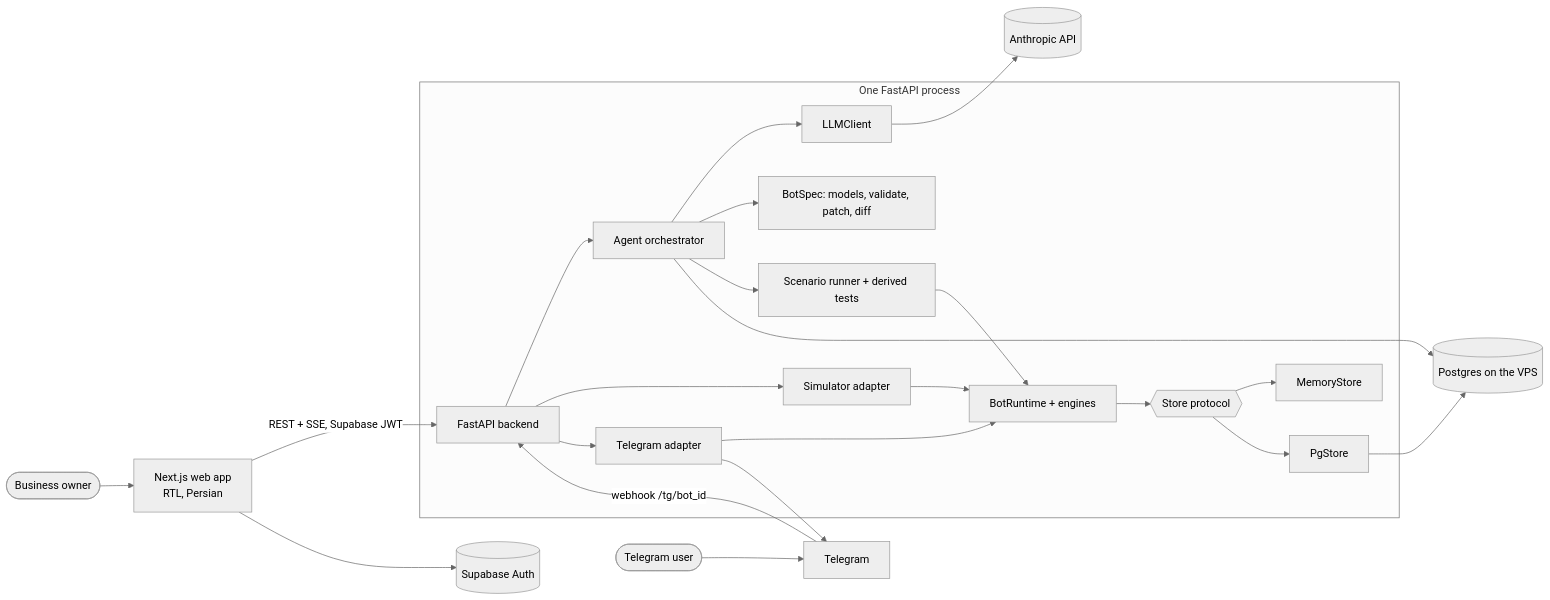
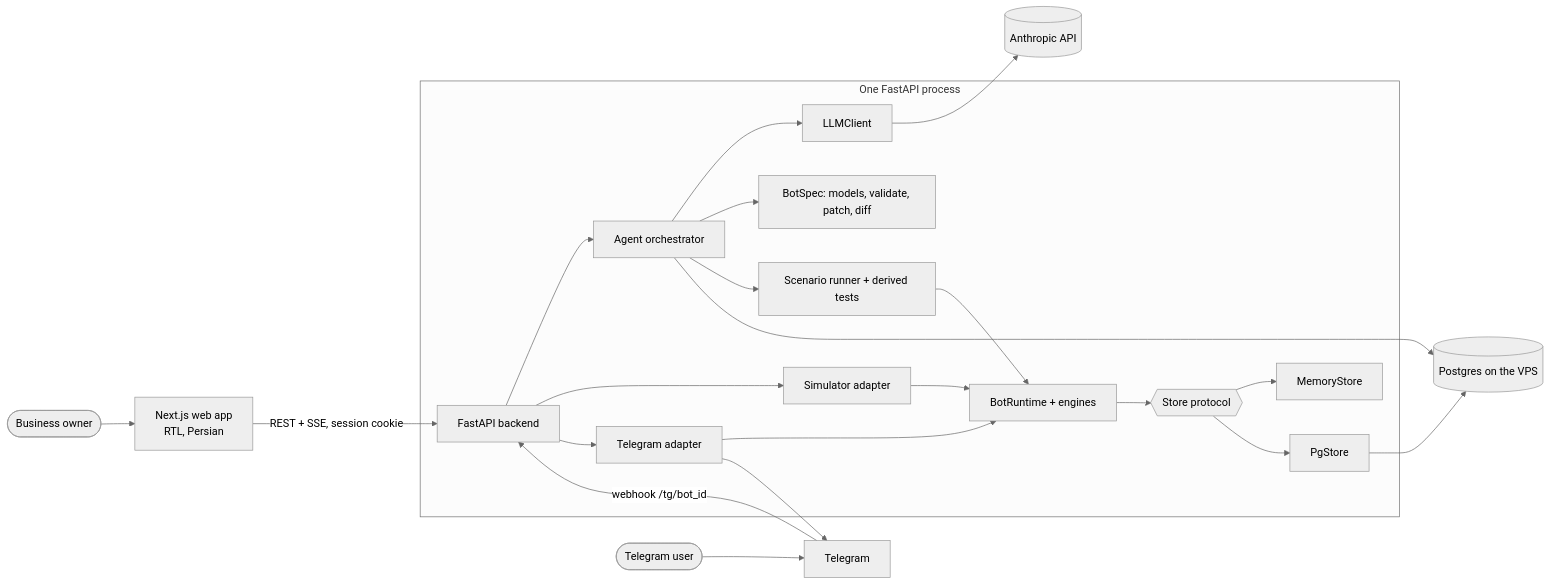
One commit to 123100123/BotForge changed the first of 5 diagrams in IMPLEMENTATION_ROADMAP.md. Above: the diagram before and after it, drawn with Mermaid (neutral theme). The commit also changed other lines of this file, not shown here.

Commit message:
Roadmap: own authentication; Supabase removed

````diff
--- a/IMPLEMENTATION_ROADMAP.md
+++ b/IMPLEMENTATION_ROADMAP.md
@@ -286,26 +285,25 @@
 ```mermaid
 flowchart LR
     Owner([Business owner]) --> FE[Next.js web app<br>RTL, Persian]
     TGUser([Telegram user]) --> TG[Telegram]
-    FE -->|REST + SSE, Supabase JWT| API[FastAPI backend]
+    FE -->|REST + SSE, session cookie| API[FastAPI backend]
     TG -->|webhook /tg/bot_id| API
     subgraph Backend[One FastAPI process]
         API --> AG[Agent orchestrator]
         API --> SIM[Simulator adapter]
         API --> TGA[Telegram adapter]
         AG --> LLM[LLMClient]
         AG --> SPEC[BotSpec: models, validate, patch, diff]
         AG --> TEST[Scenario runner + derived tests]
         TEST --> RT[BotRuntime + engines]
         SIM --> RT
         TGA --> RT
         RT --> STORE{{Store protocol}}
         STORE --> MEM[MemoryStore]
         STORE --> PG[PgStore]
     end
     LLM --> ANT[(Anthropic API)]
     PG --> DB[(Postgres on the VPS)]
     AG --> DB
-    FE --> AUTH[(Supabase Auth)]
     TGA --> TG
 ```
````
